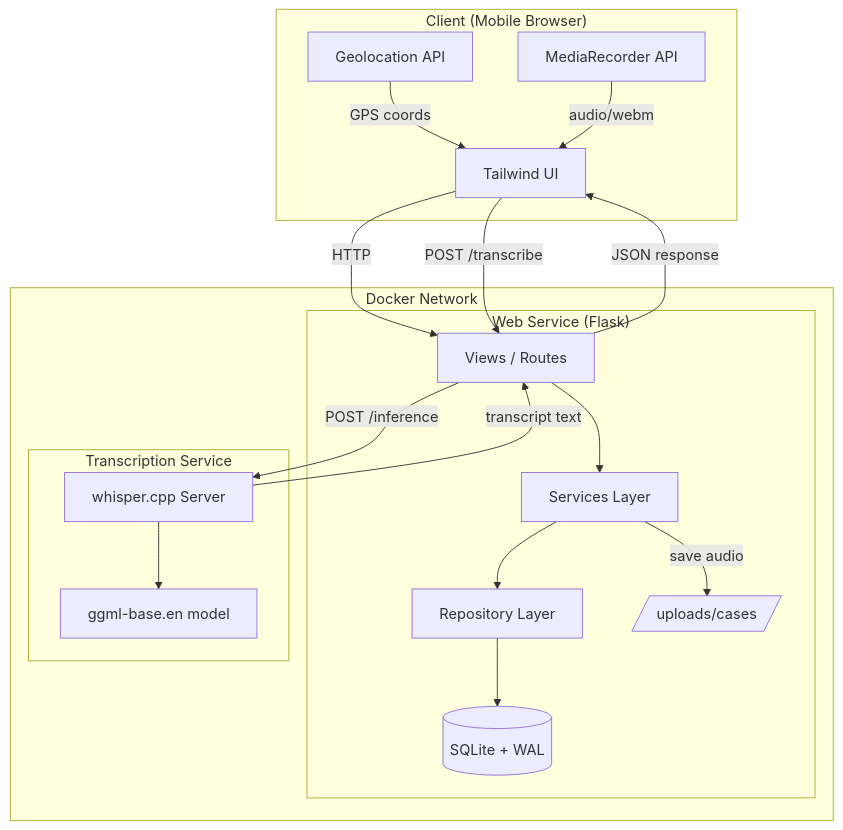
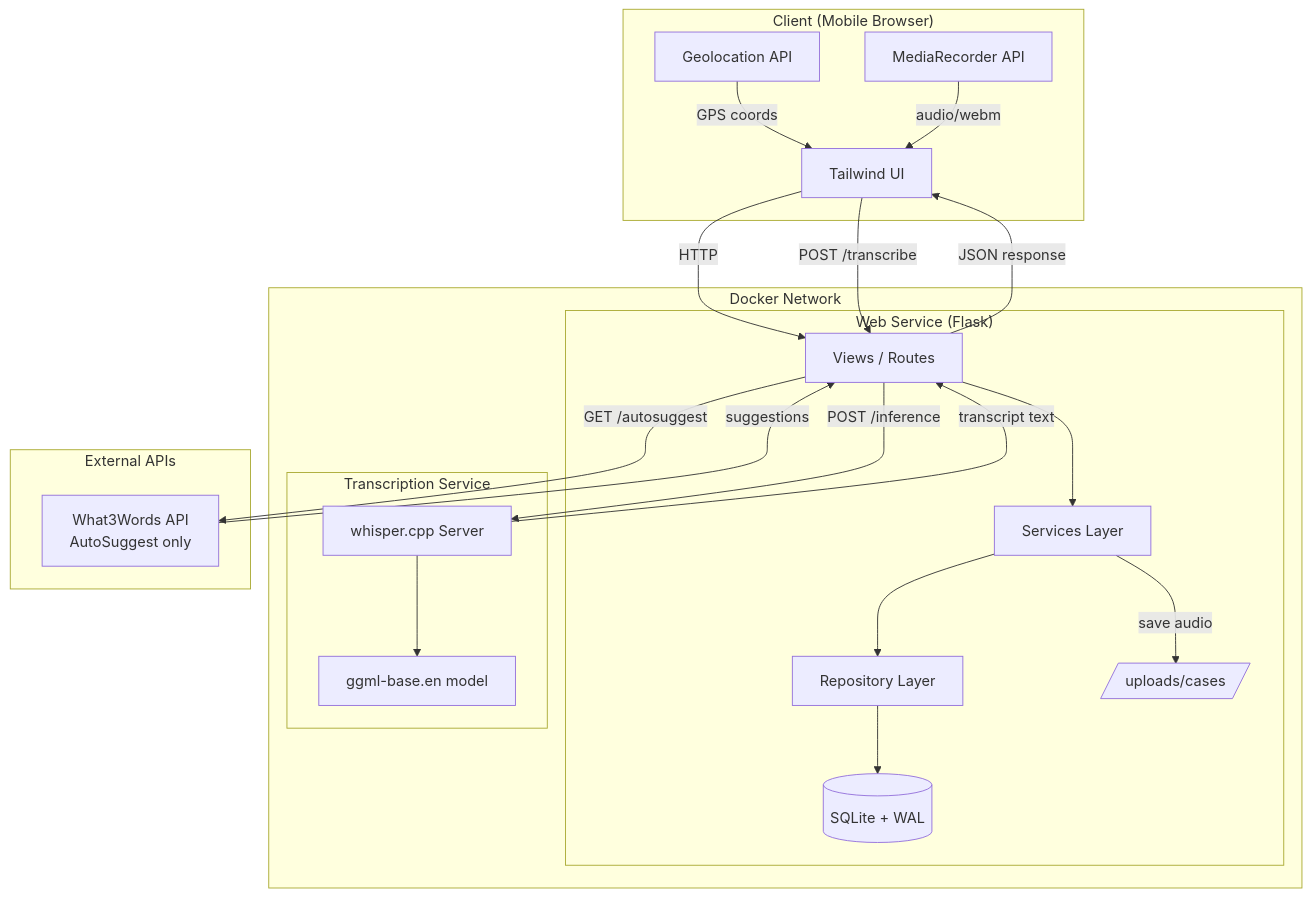
Before and after one commit to enkaypeter/quick-capture: the first of 6 diagrams in docs/architecture.md, drawn with Mermaid. The commit also changed other lines of this file and 6 other files, not shown here.

Commit message:
chore: include architectural docs

````diff
--- a/docs/architecture.md
+++ b/docs/architecture.md
@@ -12,37 +12,43 @@
 ```mermaid
 graph TB
     subgraph Client["Client (Mobile Browser)"]
         UI[Tailwind UI]
         GEO[Geolocation API]
         MIC[MediaRecorder API]
     end
 
     subgraph Docker["Docker Network"]
         subgraph Web["Web Service (Flask)"]
             VIEWS[Views / Routes]
             SERVICES[Services Layer]
             REPOS[Repository Layer]
             DB[(SQLite + WAL)]
             UPLOADS[/uploads/cases/]
         end
 
         subgraph Transcriber["Transcription Service"]
             WHISPER[whisper.cpp Server]
             MODEL[ggml-base.en model]
         end
     end
 
+    subgraph External["External APIs"]
+        W3W[What3Words API<br/>AutoSuggest only]
+    end
+
     UI -->|HTTP| VIEWS
     GEO -->|GPS coords| UI
     MIC -->|audio/webm| UI
 
     VIEWS --> SERVICES
     SERVICES --> REPOS
     REPOS --> DB
     SERVICES -->|save audio| UPLOADS
     UI -->|POST /transcribe| VIEWS
     VIEWS -->|POST /inference| WHISPER
     WHISPER --> MODEL
     WHISPER -->|transcript text| VIEWS
     VIEWS -->|JSON response| UI
+    VIEWS -->|GET /autosuggest| W3W
+    W3W -->|suggestions| VIEWS
 ```
````
